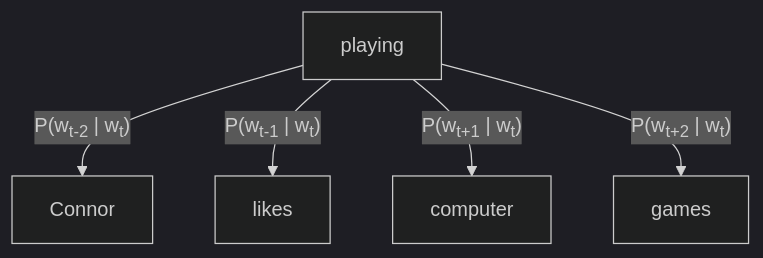
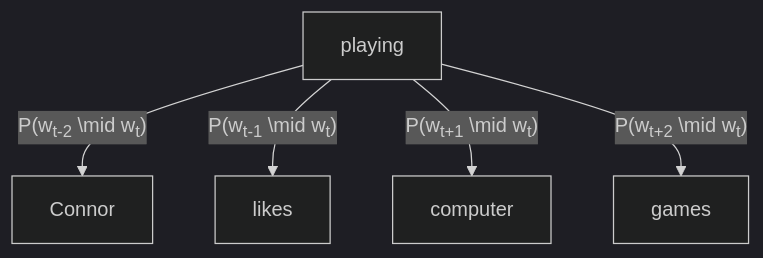
One commit to Si1w/Si1w.github.io changed the diagram in _posts/2026-01-10-nlp.md. Above: the diagram before and after it, drawn with Mermaid (dark theme). The commit also changed other lines of this file, not shown here.

Commit message:
fix latex display

```diff
--- a/_posts/2026-01-10-nlp.md
+++ b/_posts/2026-01-10-nlp.md
@@ -38,7 +39,7 @@
-<div class="mermaid">
+  <div class="mermaid" style="display:inline-block;">
 graph TD
-    playing -->|"P(w<sub>t-2</sub> | w<sub>t</sub>)"| Connor
-    playing -->|"P(w<sub>t-1</sub> | w<sub>t</sub>)"| likes
-    playing -->|"P(w<sub>t+1</sub> | w<sub>t</sub>)"| computer
-    playing -->|"P(w<sub>t+2</sub> | w<sub>t</sub>)"| games
-</div>
+    playing -->|"P(w<sub>t-2</sub> \mid w<sub>t</sub>)"| Connor
+    playing -->|"P(w<sub>t-1</sub> \mid w<sub>t</sub>)"| likes
+    playing -->|"P(w<sub>t+1</sub> \mid w<sub>t</sub>)"| computer
+    playing -->|"P(w<sub>t+2</sub> \mid w<sub>t</sub>)"| games
+  </div>
```
